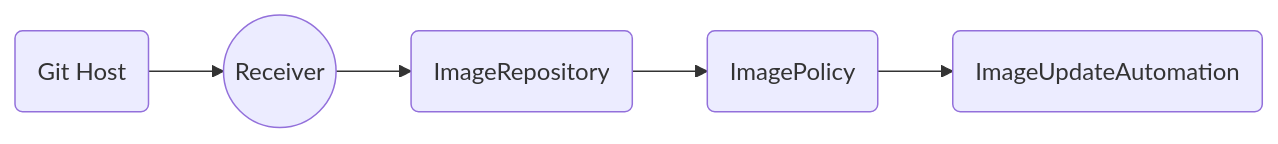
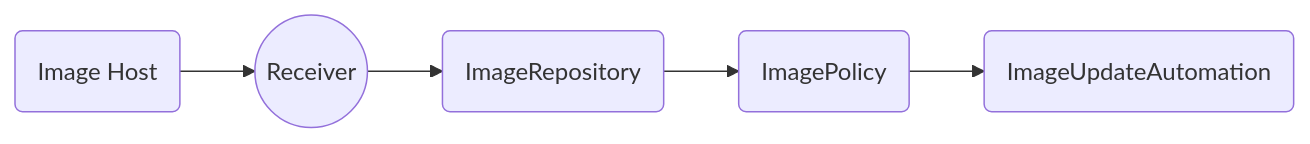
The fifth of 8 diagrams in gitopscon-rel.md (kingdonb/gitopscon2025-slides), drawn with Mermaid before and after one commit. The commit also changed other lines of this file, not shown here.

````diff
--- a/gitopscon-rel.md
+++ b/gitopscon-rel.md
@@ -392,10 +392,10 @@
 ```mermaid
 flowchart LR
 
-G(Git Host)
+I(Image Host)
 R((Receiver))
 A(ImageRepository)
 B(ImagePolicy)
 C(ImageUpdateAutomation)
-G --> R --> A --> B --> C
+I --> R --> A --> B --> C
 ```
````
